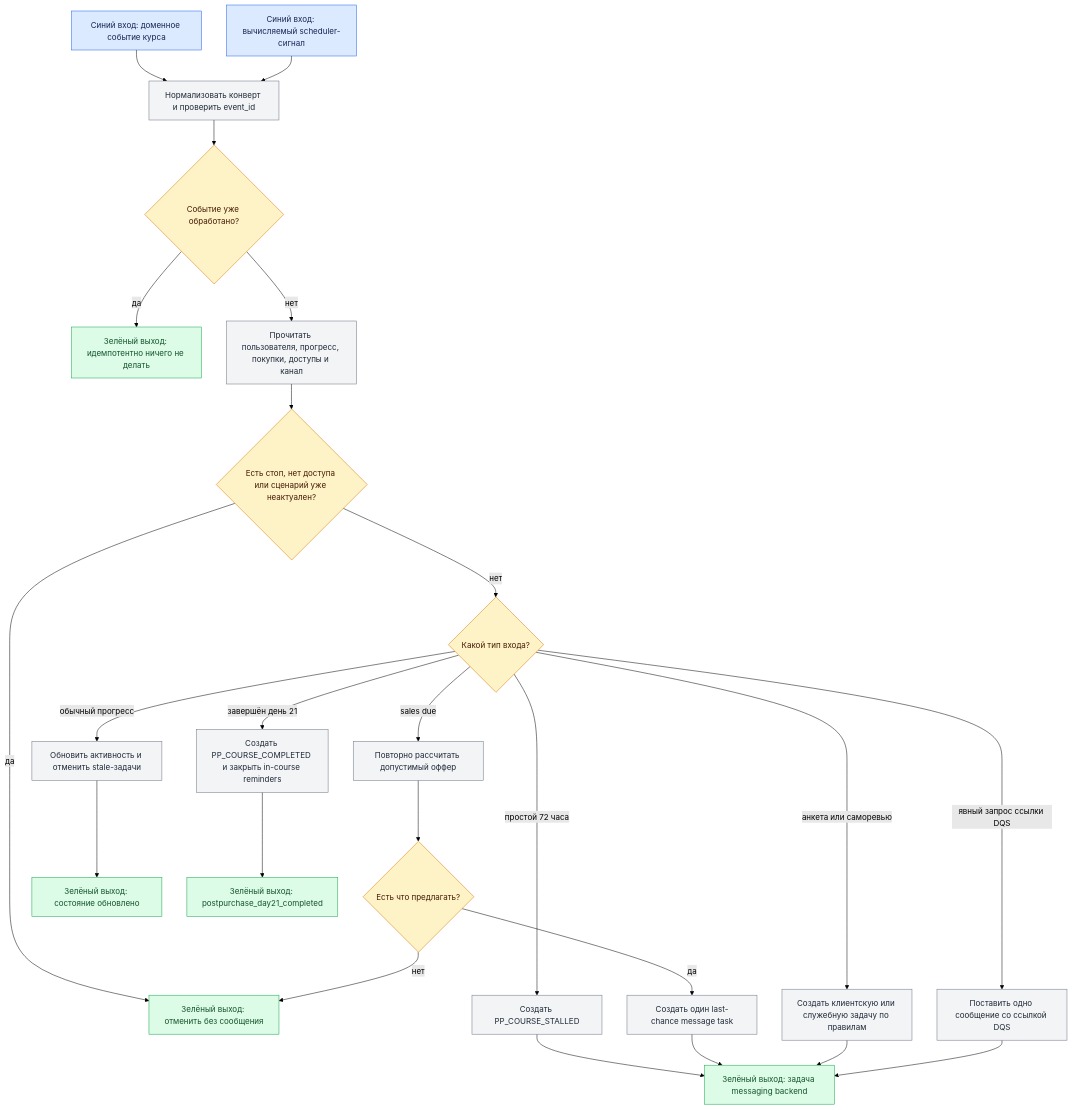
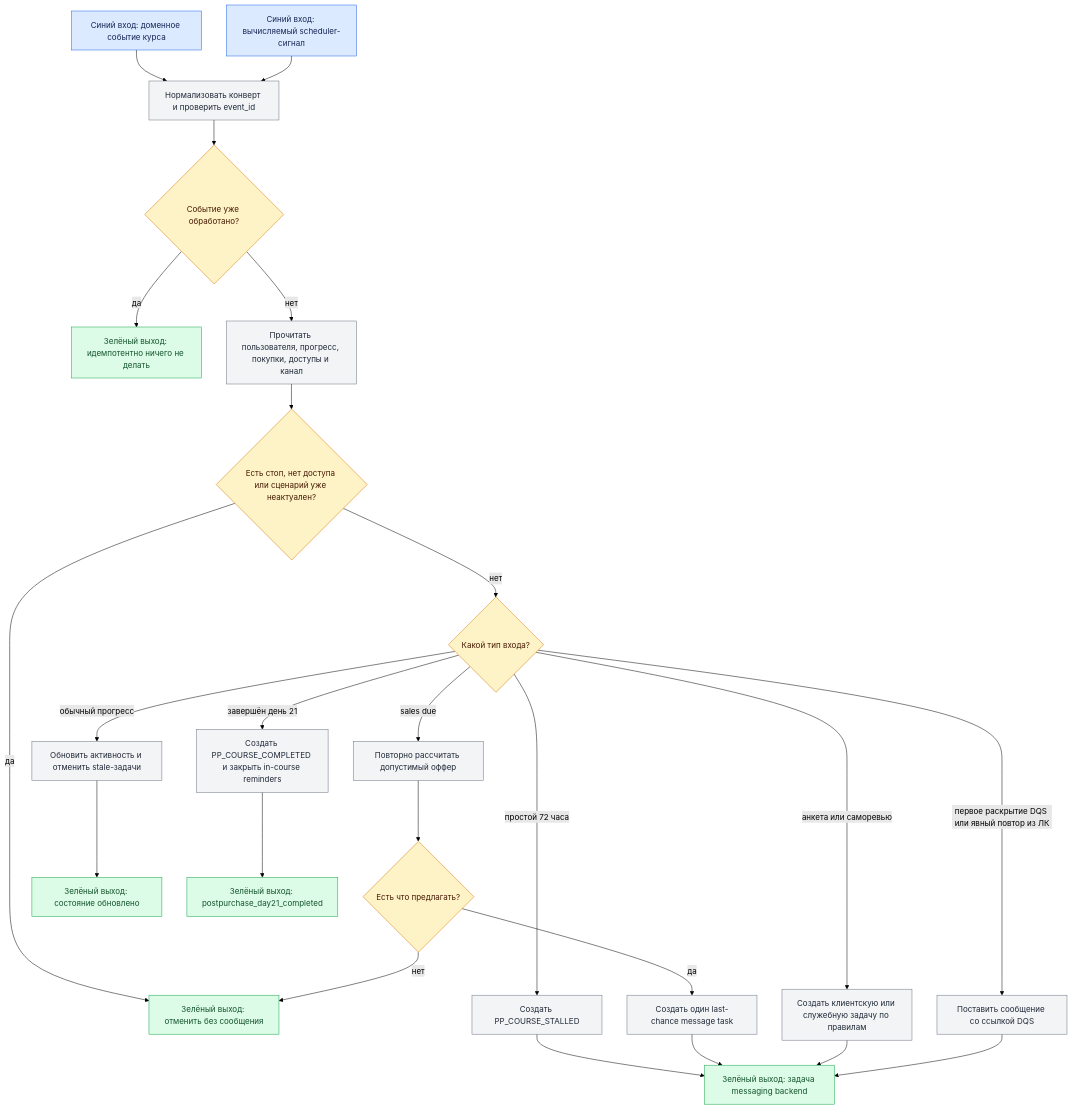
Before and after one commit to armagedongt/edabalans.ru: the second of 2 diagrams in docs/knowledge-base/modules/telegram/POST_PURCHASE_MASTERCLASS.md, drawn with Mermaid (forest theme). The commit also changed other lines of this file and 34 other files, not shown here.

````diff
--- a/docs/knowledge-base/modules/telegram/POST_PURCHASE_MASTERCLASS.md
+++ b/docs/knowledge-base/modules/telegram/POST_PURCHASE_MASTERCLASS.md
@@ -425,35 +426,35 @@
 ```mermaid
 flowchart TD
   A[Синий вход: доменное событие курса] --> C[Нормализовать конверт и проверить event_id]
   B[Синий вход: вычисляемый scheduler-сигнал] --> C
   C --> D{Событие уже обработано?}
   D -- да --> X[Зелёный выход: идемпотентно ничего не делать]
   D -- нет --> E[Прочитать пользователя, прогресс, покупки, доступы и канал]
   E --> F{Есть стоп, нет доступа или сценарий уже неактуален?}
   F -- да --> Y[Зелёный выход: отменить без сообщения]
   F -- нет --> G{Какой тип входа?}
   G -- обычный прогресс --> H[Обновить активность и отменить stale-задачи]
   G -- простой 72 часа --> I[Создать PP_COURSE_STALLED]
   G -- sales due --> J[Повторно рассчитать допустимый оффер]
   J --> K{Есть что предлагать?}
   K -- нет --> Y
   K -- да --> L[Создать один last-chance message task]
   G -- анкета или саморевью --> M[Создать клиентскую или служебную задачу по правилам]
-  G -- явный запрос ссылки DQS --> R[Поставить одно сообщение со ссылкой DQS]
+  G -- первое раскрытие DQS или явный повтор из ЛК --> R[Поставить сообщение со ссылкой DQS]
   G -- завершён день 21 --> N[Создать PP_COURSE_COMPLETED и закрыть in-course reminders]
   H --> O[Зелёный выход: состояние обновлено]
   I --> P[Зелёный выход: задача messaging backend]
   L --> P
   M --> P
   R --> P
   N --> Q[Зелёный выход: postpurchase_day21_completed]
 
   classDef input fill:#dbeafe,stroke:#2563eb,color:#172554;
   classDef condition fill:#fef3c7,stroke:#d97706,color:#451a03;
   classDef output fill:#dcfce7,stroke:#16a34a,color:#14532d;
   classDef tech fill:#f3f4f6,stroke:#6b7280,color:#1f2937;
   class A,B input;
   class D,F,G,K condition;
   class X,Y,O,P,Q output;
   class C,E,H,I,J,L,M,N,R tech;
 ```
````
